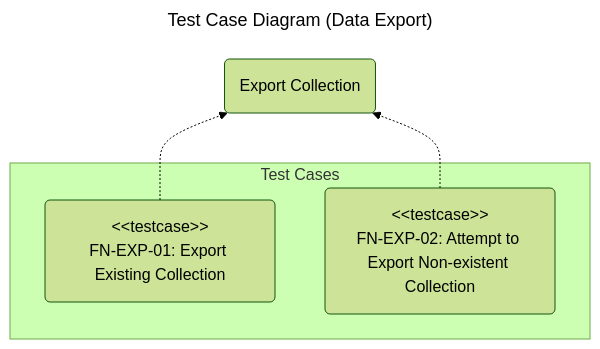
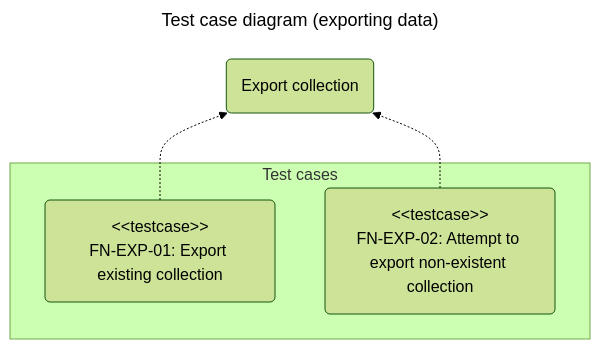
One commit to chromiodev/chromie-tool changed the second of 6 diagrams in docs/spec/tests/functional.en.md. Above: the diagram before and after it, drawn with Mermaid (forest theme). The commit also changed other lines of this file and 25 other files, not shown here.

````diff
--- a/docs/spec/tests/functional.en.md
+++ b/docs/spec/tests/functional.en.md
@@ -133,18 +135,18 @@
 ```mermaid
 ---
-title: Test Case Diagram (Data Export)
+title: Test case diagram (exporting data)
 config:
 ---
 
 graph BT
   %% use cases
-  exportColl@{ shape: "rounded", label: "Export Collection" }
+  exportColl@{ shape: "rounded", label: "Export collection" }
 
-  subgraph "Test Cases"
-    exportExistingColl@{ shape: "rounded", label: "#lt;#lt;testcase>><br>FN-EXP-01: Export Existing Collection" }
-    exportNonExistingColl@{ shape: "rounded", label: "#lt;#lt;testcase>><br>FN-EXP-02: Attempt to Export Non-existent Collection" }
+  subgraph "Test cases"
+    exportExistingColl@{ shape: "rounded", label: "#lt;#lt;testcase>><br>FN-EXP-01: Export existing collection" }
+    exportNonExistingColl@{ shape: "rounded", label: "#lt;#lt;testcase>><br>FN-EXP-02: Attempt to export non-existent collection" }
   end
 
   exportExistingColl -.-> exportColl
   exportNonExistingColl -.-> exportColl
 ```
````
